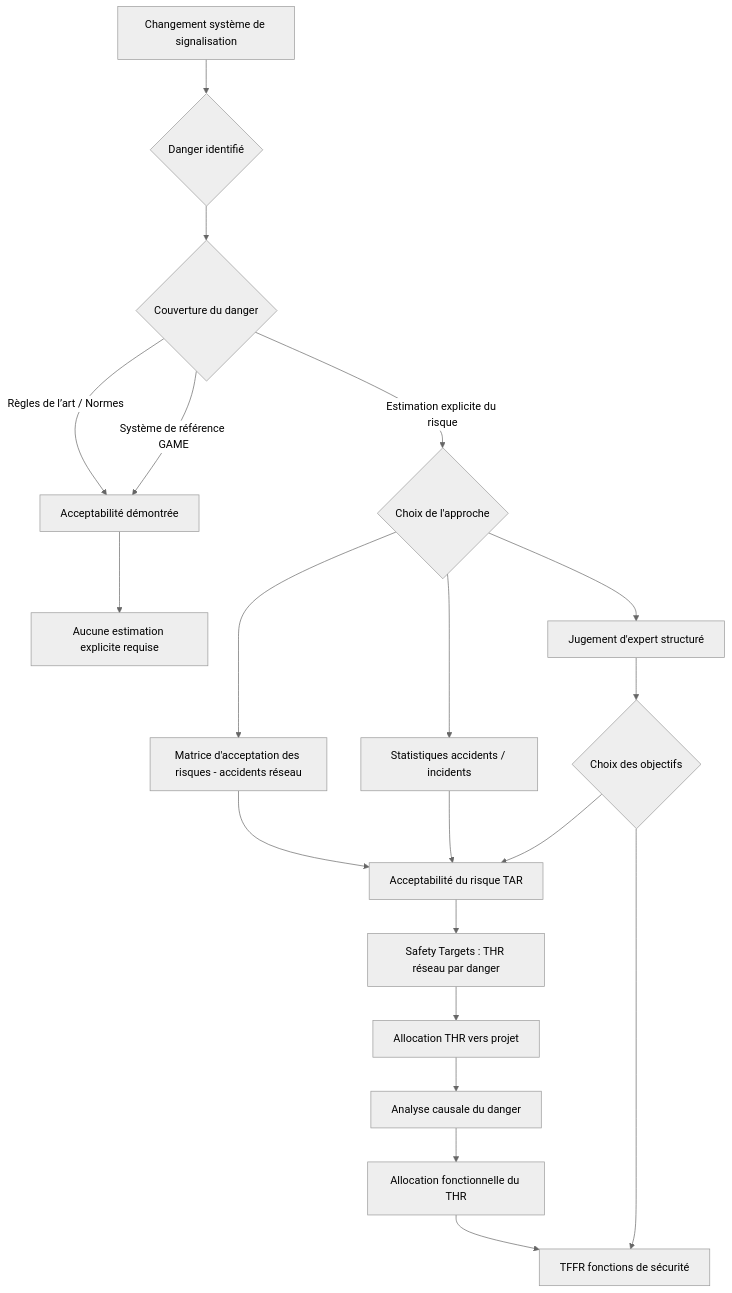
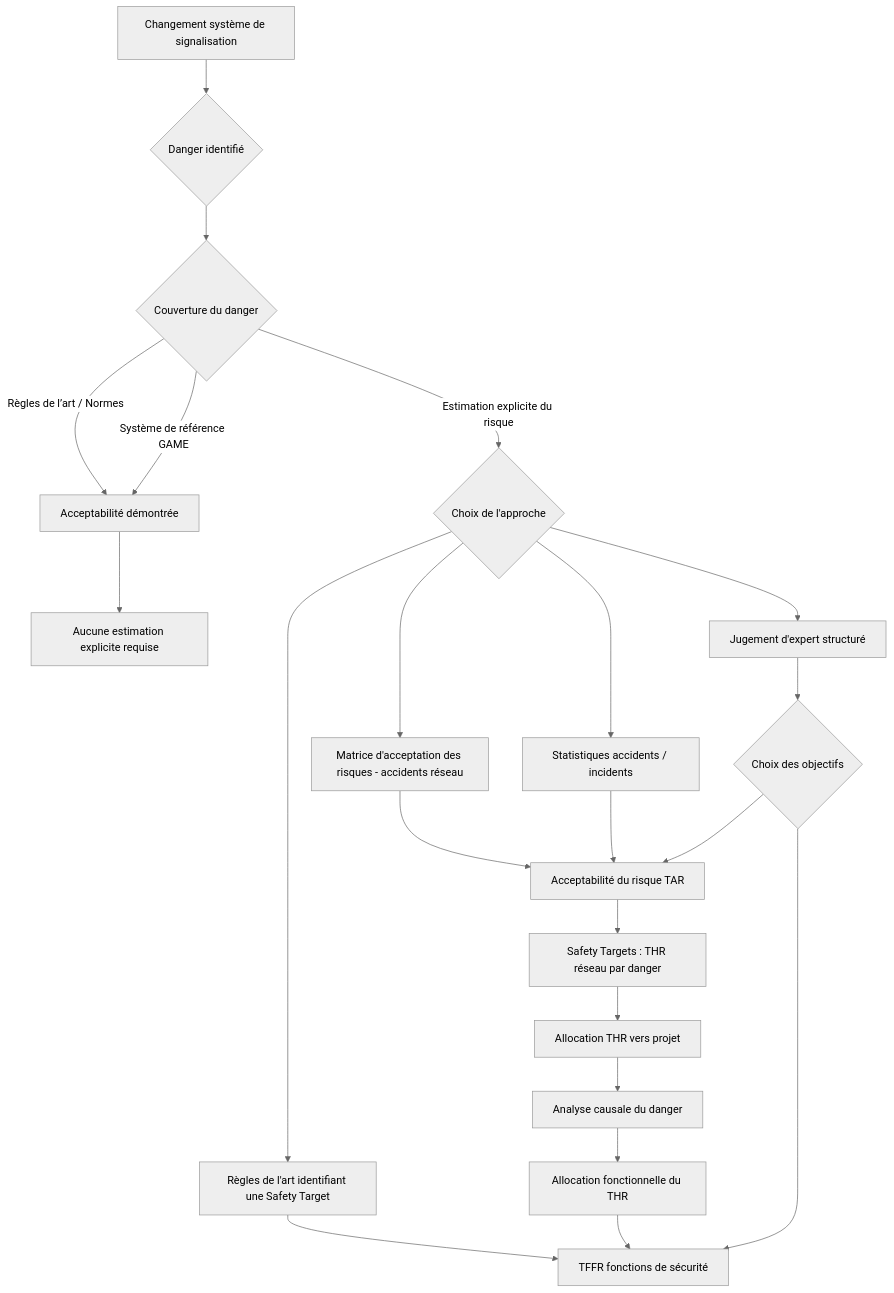
Before and after one commit to e-baron/rail: the diagram in diagrams/acceptabilityCriteria.md, drawn with Mermaid (neutral theme).

Commit message:
docs: update for code of practise

````diff
--- a/diagrams/acceptabilityCriteria.md
+++ b/diagrams/acceptabilityCriteria.md
@@ -83,32 +83,34 @@
 ```mermaid
 flowchart TD
 
     A[Changement système de signalisation]
 
     A --> B{Danger identifié}
     B --> C{Couverture du danger}
 
     C -->|Règles de l’art / Normes| D1[Acceptabilité démontrée]
     C -->|Système de référence GAME| D1
 
     D1 --> Z[Aucune estimation explicite requise]
 
     C -->|Estimation explicite du risque| E{Choix de l'approche}
+    E --> E0[Règles de l'art identifiant une Safety Target]
     E --> E1[Matrice d'acceptation des risques - accidents réseau]
     E --> E2[Statistiques accidents / incidents]
     E --> E3[Jugement d'expert structuré]
 
     E1 --> F[Acceptabilité du risque TAR]
     E2 --> F
     E3 --> CH{Choix des objectifs}
 
     F --> G[Safety Targets : THR réseau par danger]
 
     G --> H[Allocation THR vers projet]
     H --> I[Analyse causale du danger]
     I --> J[Allocation fonctionnelle du THR]
     J --> K[TFFR fonctions de sécurité]
 
+    E0 --> K
     CH --> F
     CH --> K
 ```
````
